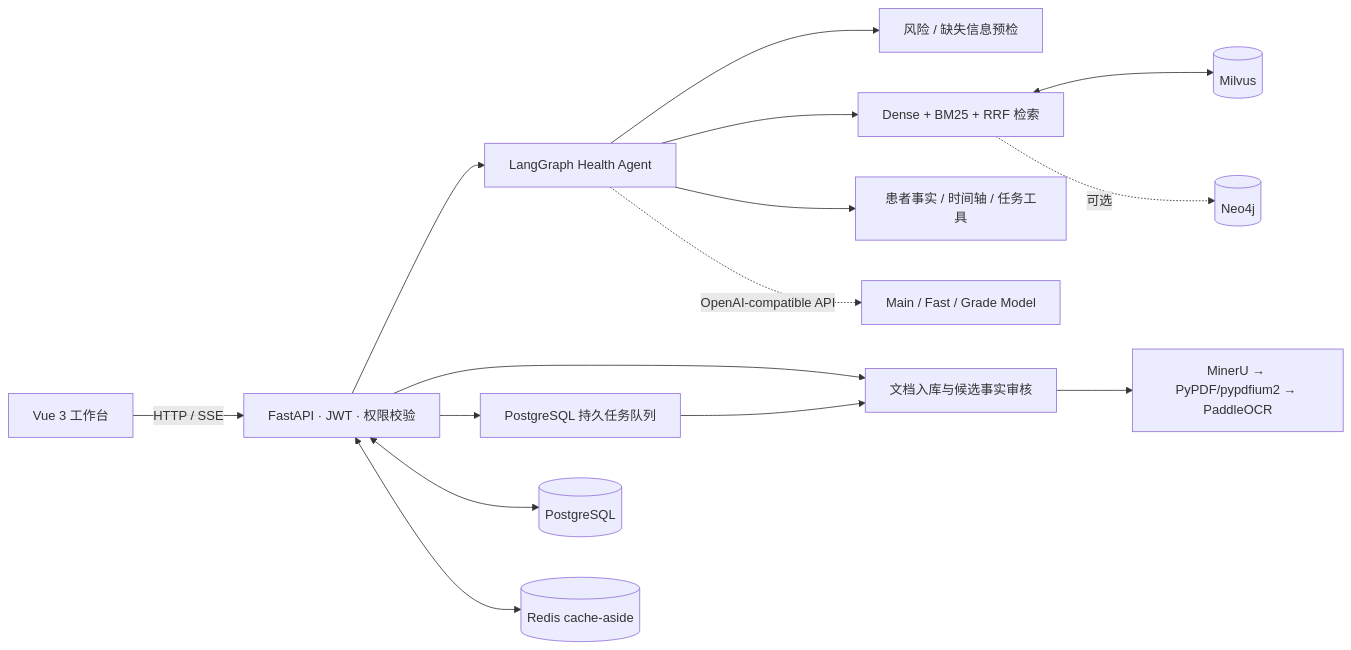
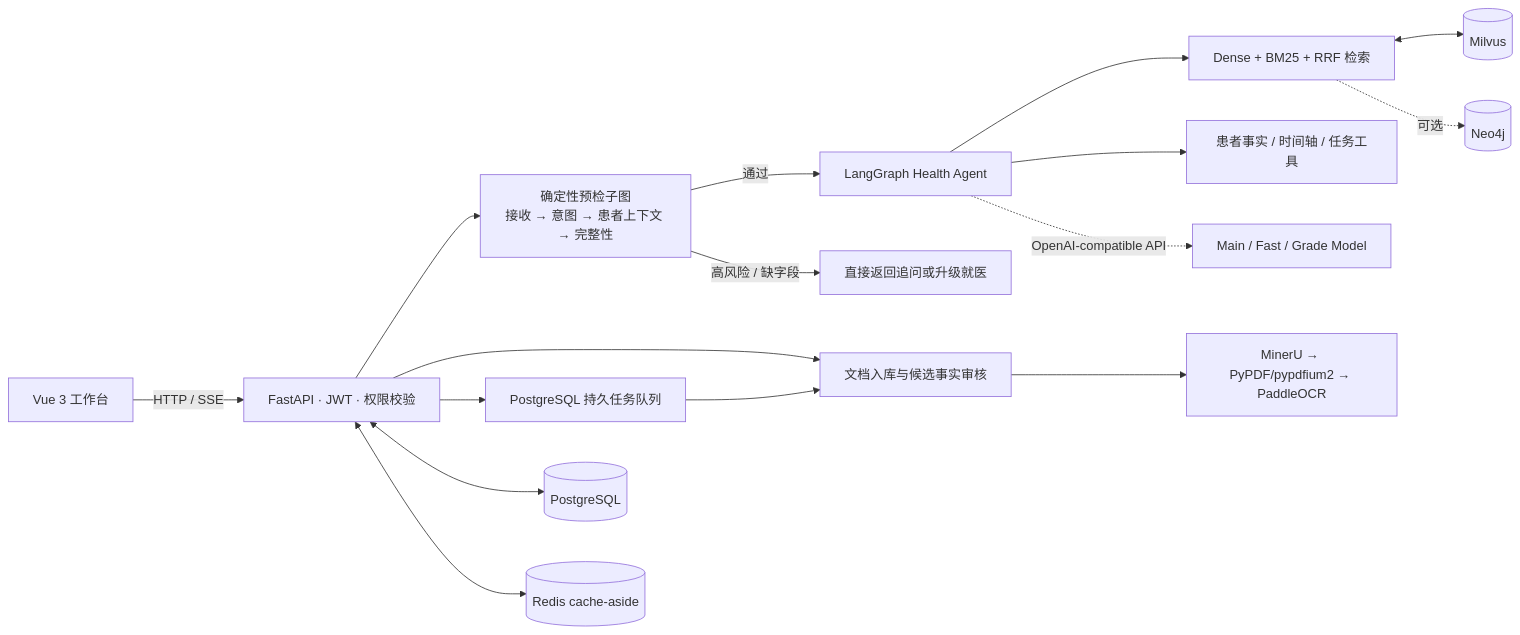
The diagram in README.md (ttsdj/HealthTrace), drawn with Mermaid before and after one commit. The commit also changed other lines of this file and 19 other files, not shown here.

````diff
--- a/README.md
+++ b/README.md
@@ -17,18 +120,19 @@
 ```mermaid
 flowchart LR
     UI["Vue 3 工作台"] -->|HTTP / SSE| API["FastAPI · JWT · 权限校验"]
-    API --> AG["LangGraph Health Agent"]
-    AG --> SAFE["风险 / 缺失信息预检"]
+    API --> PRE["确定性预检子图<br/>接收 → 意图 → 患者上下文 → 完整性"]
+    PRE -->|通过| AG["LangGraph Health Agent"]
+    PRE -->|高风险 / 缺字段| GUARD["直接返回追问或升级就医"]
     AG --> RAG["Dense + BM25 + RRF 检索"]
     AG --> PT["患者事实 / 时间轴 / 任务工具"]
     API --> ING["文档入库与候选事实审核"]
     ING --> PARSE["MinerU → PyPDF/pypdfium2 → PaddleOCR"]
     API --> JOB["PostgreSQL 持久任务队列"]
     JOB --> ING
 
     API <--> PG[(PostgreSQL)]
     API <--> REDIS[(Redis cache-aside)]
     RAG <--> MILVUS[(Milvus)]
     RAG -.可选.-> NEO[(Neo4j)]
     AG -.OpenAI-compatible API.-> LLM["Main / Fast / Grade Model"]
 ```
````
